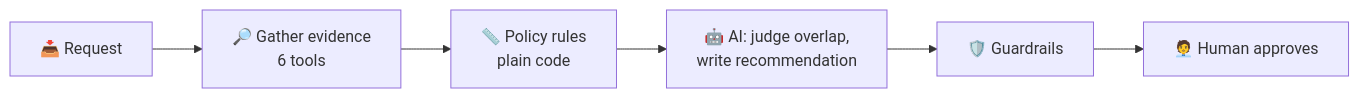
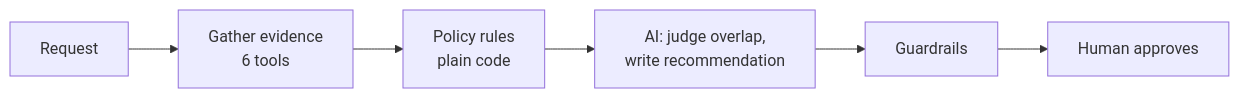
The first of 3 diagrams in README.md (brixdorf/procurement-request-copilot), drawn with Mermaid before and after one commit. The commit also changed other lines of this file and 3 other files, not shown here.

````diff
--- a/README.md
+++ b/README.md
@@ -79,8 +78,8 @@
 ```mermaid
 flowchart LR
-    R[📥 Request] --> E[🔎 Gather evidence<br/>6 tools]
-    E --> P[📏 Policy rules<br/>plain code]
-    P --> M[🤖 AI: judge overlap,<br/>write recommendation]
-    M --> G[🛡️ Guardrails]
-    G --> H[🧑‍💼 Human approves]
+    R[Request] --> E[Gather evidence<br/>6 tools]
+    E --> P[Policy rules<br/>plain code]
+    P --> M[AI: judge overlap,<br/>write recommendation]
+    M --> G[Guardrails]
+    G --> H[Human approves]
 ```
````
